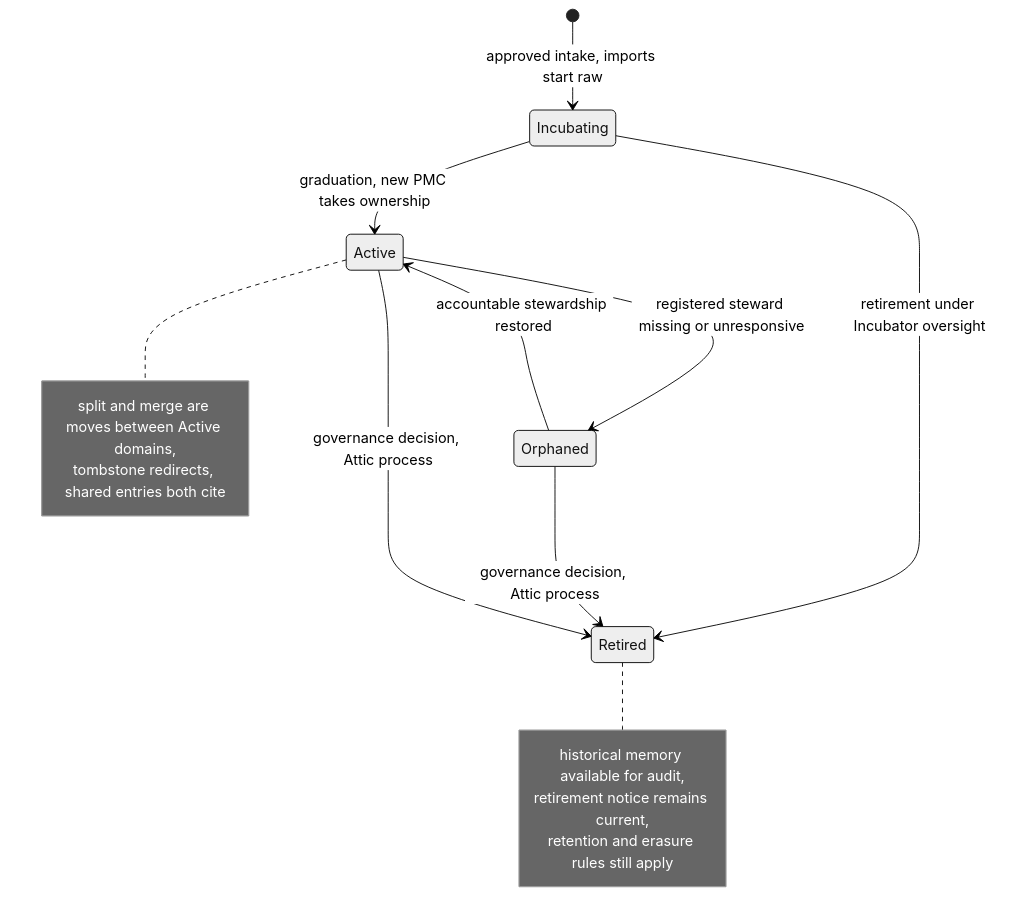
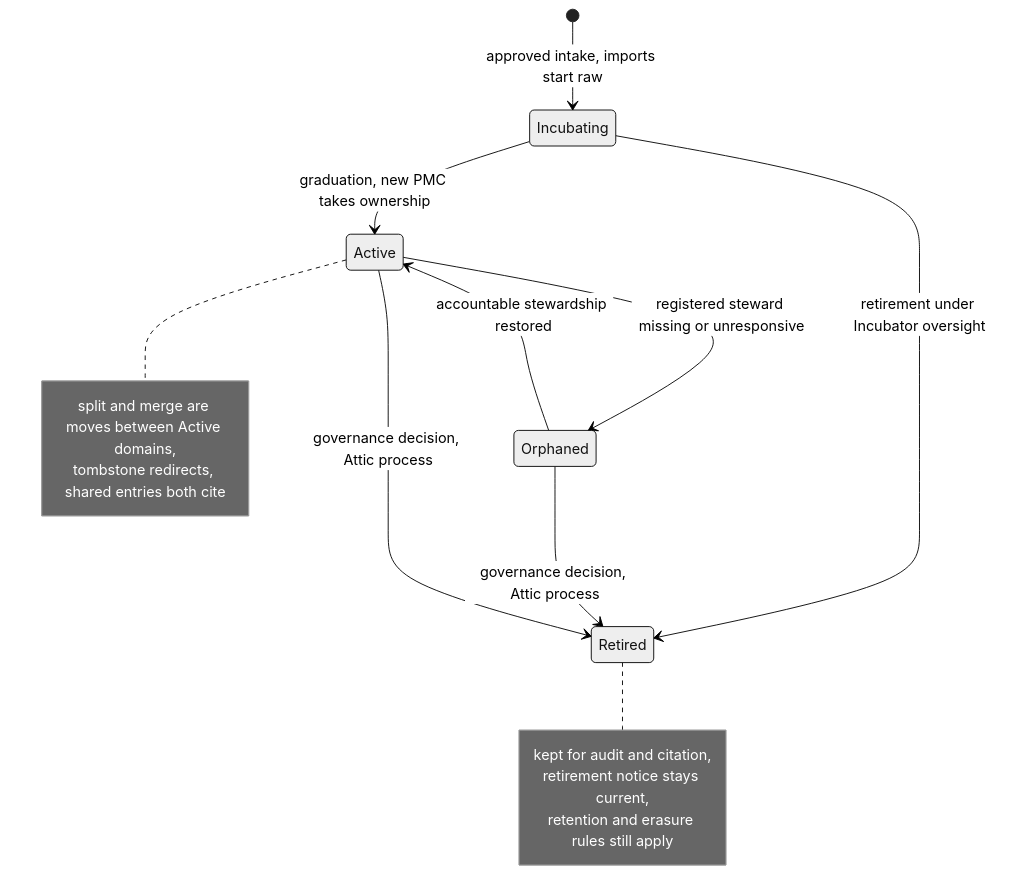
One commit to apache/tooling-memory changed the first of 2 diagrams in docs/seeding-a-foundation.md. Above: the diagram before and after it, drawn with Mermaid (neutral theme). The commit also changed other lines of this file, not shown here.

````diff
--- a/docs/seeding-a-foundation.md
+++ b/docs/seeding-a-foundation.md
@@ -49,19 +49,19 @@
 ```mermaid
 stateDiagram-v2
     [*] --> Incubating: approved intake, imports start raw
     Incubating --> Active: graduation, new PMC takes ownership
     Incubating --> Retired: retirement under Incubator oversight
     Active --> Orphaned: registered steward missing or unresponsive
     Orphaned --> Active: accountable stewardship restored
     Orphaned --> Retired: governance decision, Attic process
     Active --> Retired: governance decision, Attic process
     note right of Active
         split and merge are moves between Active domains,
         tombstone redirects, shared entries both cite
     end note
     note right of Retired
-        historical memory available for audit,
-        retirement notice remains current,
+        kept for audit and citation,
+        retirement notice stays current,
         retention and erasure rules still apply
     end note
 ```
````
